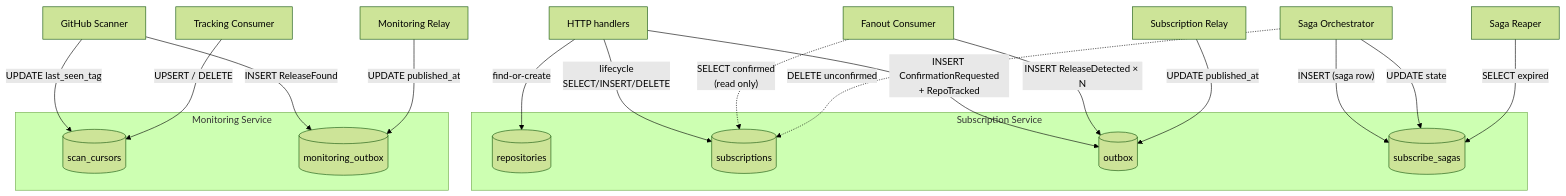
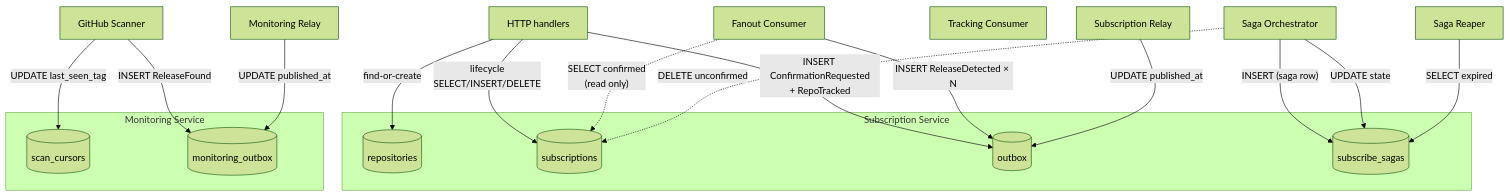
One commit to GenesisEducationKyiv/software-engineering-school-6-0-RodionShapoval5758 changed the seventh of 7 diagrams in docs/SDD.md. Above: the diagram before and after it, drawn with Mermaid (forest theme). The commit also changed other lines of this file and 8 other files, not shown here.

````diff
--- a/docs/SDD.md
+++ b/docs/SDD.md
@@ -350,46 +337,44 @@
 ```mermaid
 flowchart TB
     subgraph sub["Subscription Service"]
         repos[(repositories)]
         subs[(subscriptions)]
         outboxt[(outbox)]
         sagas[(subscribe_sagas)]
     end
 
     subgraph mon["Monitoring Service"]
         cursors[(scan_cursors)]
         monoutbox[(monitoring_outbox)]
     end
 
     HTTP["HTTP handlers"]
     FW["Fanout Consumer"]
     Relay1["Subscription Relay"]
     Scanner["GitHub Scanner"]
     TrackCons["Tracking Consumer"]
     Relay2["Monitoring Relay"]
 
     HTTP -->|"lifecycle\nSELECT/INSERT/DELETE"| subs
     HTTP -->|"find-or-create"| repos
     HTTP -->|"INSERT ConfirmationRequested\n+ RepoTracked"| outboxt
 
     FW -.->|"SELECT confirmed\n(read only)"| subs
     FW -->|"INSERT ReleaseDetected × N"| outboxt
 
     Relay1 -->|"UPDATE published_at"| outboxt
 
     Scanner -->|"UPDATE last_seen_tag"| cursors
     Scanner -->|"INSERT ReleaseFound"| monoutbox
 
-    TrackCons -->|"UPSERT / DELETE"| cursors
-
     Relay2 -->|"UPDATE published_at"| monoutbox
 
     SagaOrch["Saga Orchestrator"]
     SagaReaper["Saga Reaper"]
 
     SagaOrch -->|"INSERT (saga row)"| sagas
     SagaOrch -->|"UPDATE state"| sagas
     SagaOrch -.->|"DELETE unconfirmed"| subs
 
     SagaReaper -->|"SELECT expired"| sagas
 ```
````
